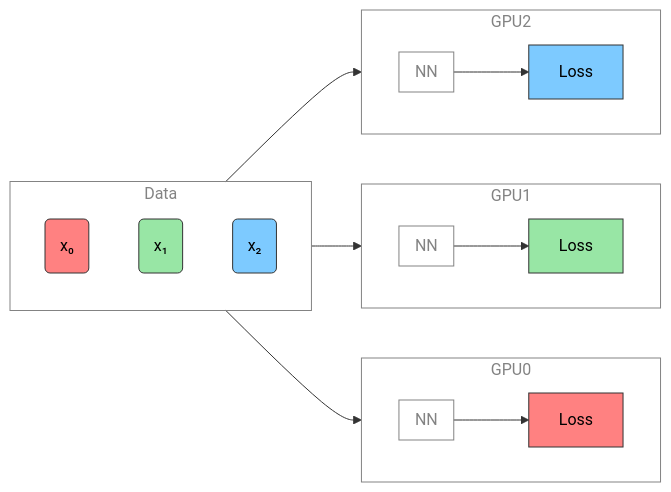
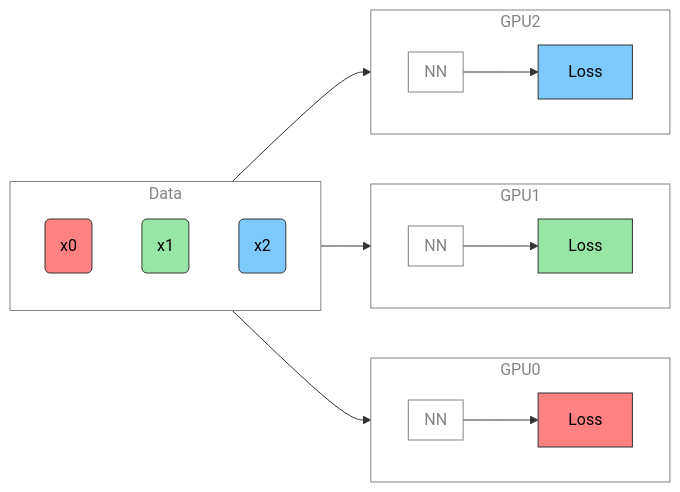
One commit to saforem2/personal_site changed the second of 8 diagrams in docs/talks/2025/10/15/index.md. Above: the diagram before and after it, drawn with Mermaid. The commit also changed other lines of this file and 12 other files, not shown here.

````diff
--- a/docs/talks/2025/10/15/index.md
+++ b/docs/talks/2025/10/15/index.md
@@ -159,52 +162,52 @@
 ``` mermaid
 flowchart LR
     subgraph D["`Data`"]
         direction TB
-        x("`x₀`")
-        x1("`x₁`")
-        x2("`x₂`")
+        x("`x0`")
+        x1("`x1`")
+        x2("`x2`")
     end
     direction LR
     subgraph G0["`GPU0`"]
         direction LR
         subgraph N0["`NN`"]
         end
         %%y0("`y₀`")
         L0["`Loss`"]
     end
     subgraph G1["`GPU1`"]
         direction LR
         subgraph N1["`NN`"]
         end
         L1["`Loss`"]
     end
     subgraph G2["`GPU2`"]
         direction LR
         subgraph N2["`NN`"]
         end
         L2["`Loss`"]
     end
     x --> N0
     x1 --> N1
     x2 --> N2
     N0 --> L0
     N1 --> L1
     N2 --> L2
 classDef block fill:#CCCCCC02,stroke:#838383,stroke-width:1px,color:#838383
 classDef text fill:#CCCCCC02,stroke:#838383,stroke-width:0px,color:#838383
 classDef grey fill:#cccccc,stroke:#333,stroke-width:1px,color:#000
 classDef red fill:#ff8181,stroke:#333,stroke-width:1px,color:#000
 classDef orange fill:#FFC47F,stroke:#333,stroke-width:1px,color:#000
 classDef yellow fill:#FFFF7F,stroke:#333,stroke-width:1px,color:#000
 classDef green fill:#98E6A5,stroke:#333,stroke-width:1px,color:#000
 classDef blue fill:#7DCAFF,stroke:#333,stroke-width:1px,color:#000
 classDef purple fill:#FFCBE6,stroke:#333,stroke-width:1px,color:#000
 classDef eblock fill:#CCCCCC02,stroke:#838383,stroke-width:0px,color:#838383
 class x,y0,L0 red
 class x1,L1 green
 class x2,L2 blue
 class x3,ar grey
 class D,N0,N1,N2,G0,G1,G2,GU block
 class AR block
 class bc text
 ```
````
